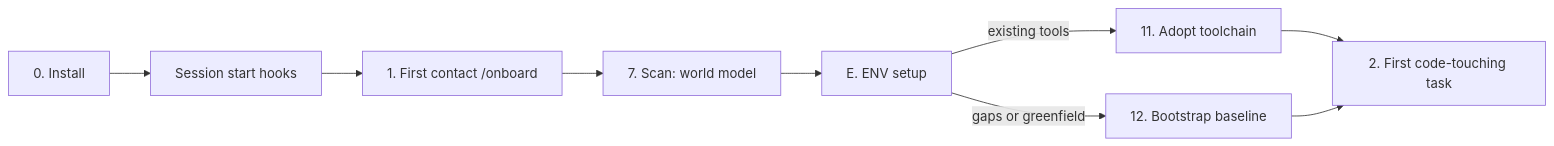
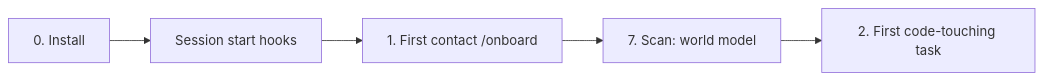
The first of 6 diagrams in docs/architecture/FLOWS.md (trustmybot/plugin), drawn with Mermaid before and after one commit. The commit also changed other lines of this file and 8 other files, not shown here.

Commit message:
📝 docs(architecture): lift docs to architecture level, drop drifted detail (GH 2706)

````diff
--- a/docs/architecture/FLOWS.md
+++ b/docs/architecture/FLOWS.md
@@ -84,11 +73,7 @@
 ```mermaid
 flowchart LR
     I[0. Install] --> S[Session start hooks]
     S --> F[1. First contact /onboard]
     F --> W[7. Scan: world model]
-    W --> E[E. ENV setup]
-    E -->|existing tools| X[11. Adopt toolchain]
-    E -->|gaps or greenfield| G[12. Bootstrap baseline]
-    X --> T[2. First code-touching task]
-    G --> T
+    W --> T[2. First code-touching task]
 ```
````
